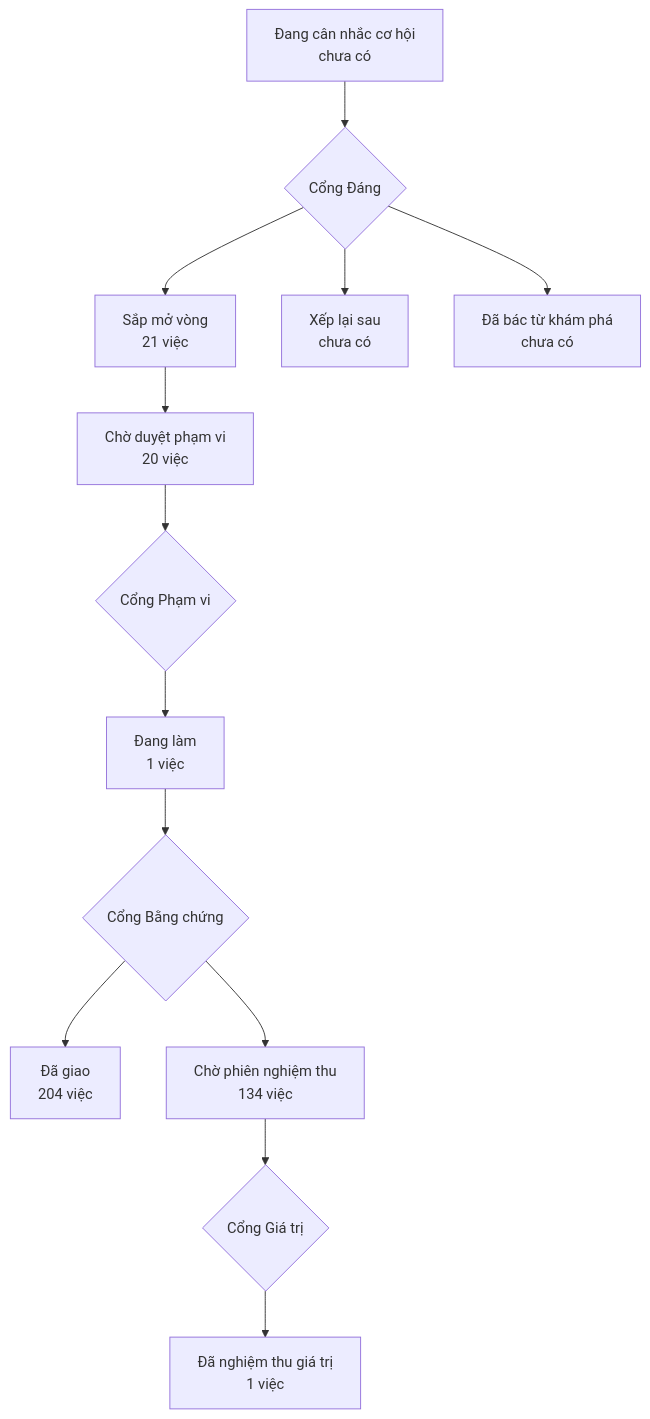
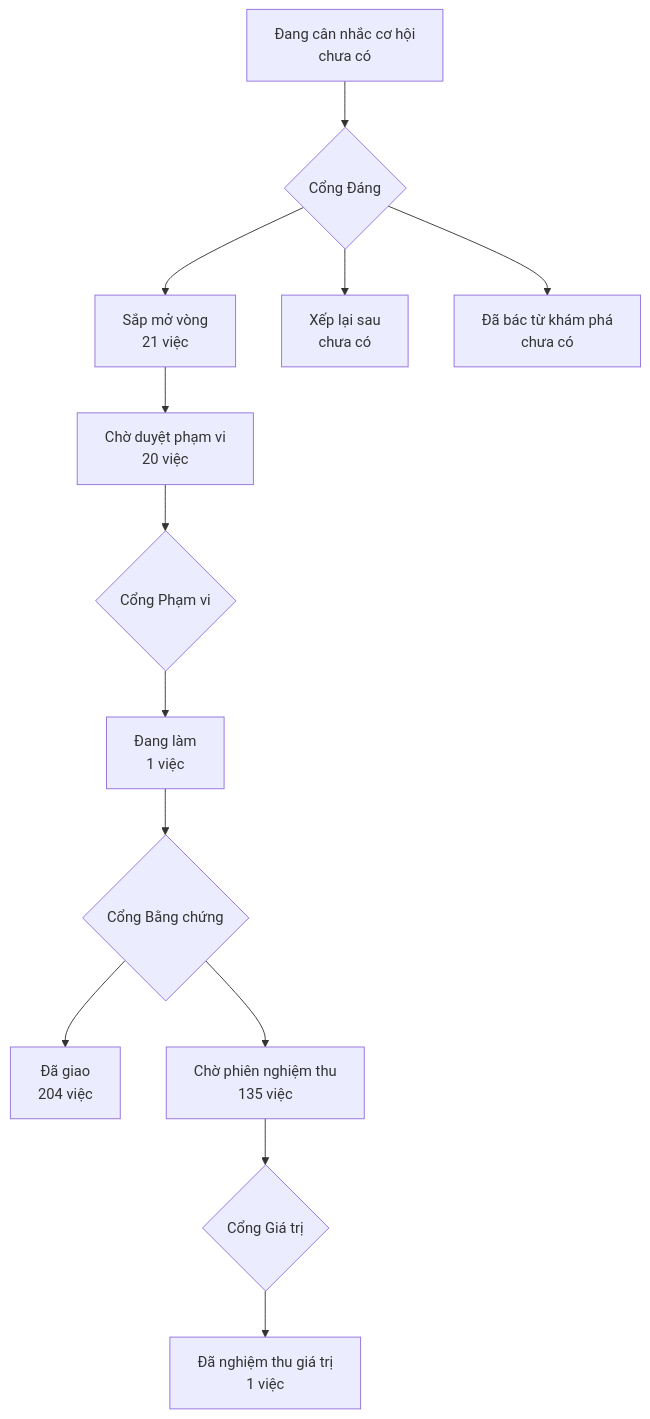
One commit to phanlemanh/onehub-invest changed the diagram in PRODUCT-MAP.md. Above: the diagram before and after it, drawn with Mermaid. The commit also changed other lines of this file and 1 other file, not shown here.

Commit message:
chore: vẽ lại bản đồ sau khi nhận main

````diff
--- a/PRODUCT-MAP.md
+++ b/PRODUCT-MAP.md
@@ -7,12 +7,12 @@
 ```mermaid
 flowchart TD
   A["Đang cân nhắc cơ hội<br/>chưa có"] --> GD{"Cổng Đáng"}
   GD --> B["Sắp mở vòng<br/>21 việc"]
   GD --> XL["Xếp lại sau<br/>chưa có"]
   GD --> DB["Đã bác từ khám phá<br/>chưa có"]
   B --> CD["Chờ duyệt phạm vi<br/>20 việc"] --> GP{"Cổng Phạm vi"}
   GP --> DL["Đang làm<br/>1 việc"] --> GB{"Cổng Bằng chứng"}
   GB --> DG["Đã giao<br/>204 việc"]
-  GB --> CN["Chờ phiên nghiệm thu<br/>134 việc"] --> GG{"Cổng Giá trị"}
+  GB --> CN["Chờ phiên nghiệm thu<br/>135 việc"] --> GG{"Cổng Giá trị"}
   GG --> NT["Đã nghiệm thu giá trị<br/>1 việc"]
 ```
````
